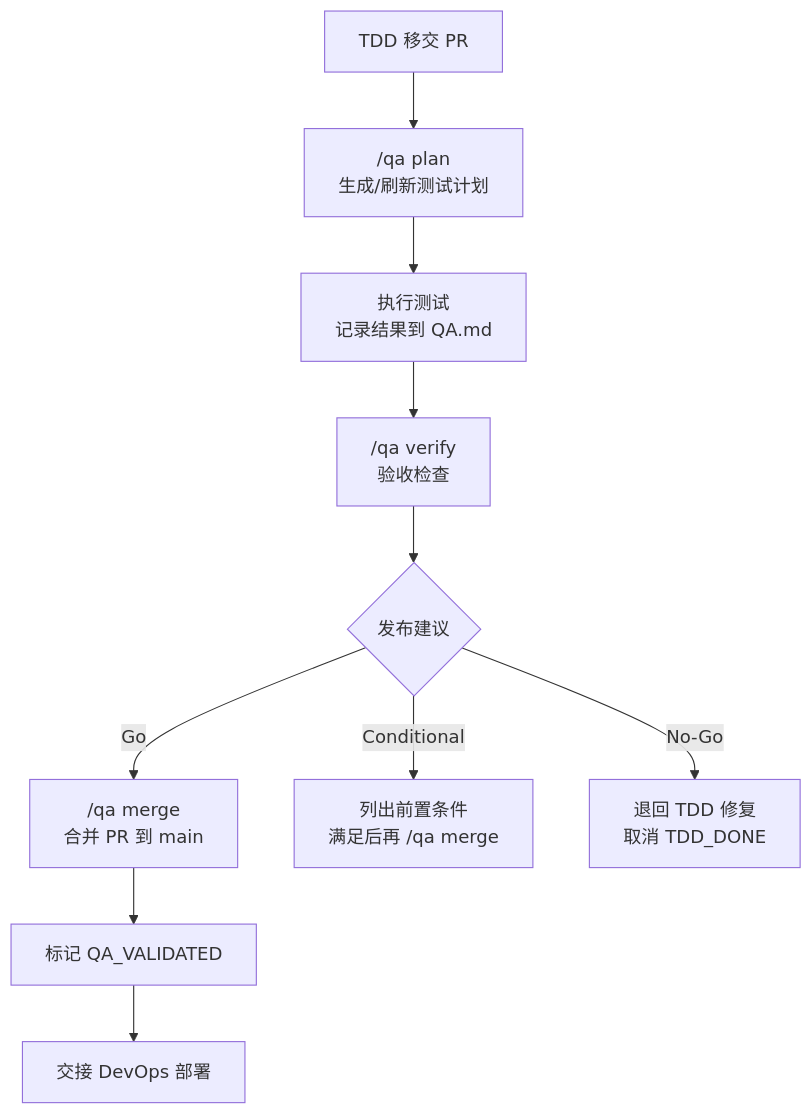
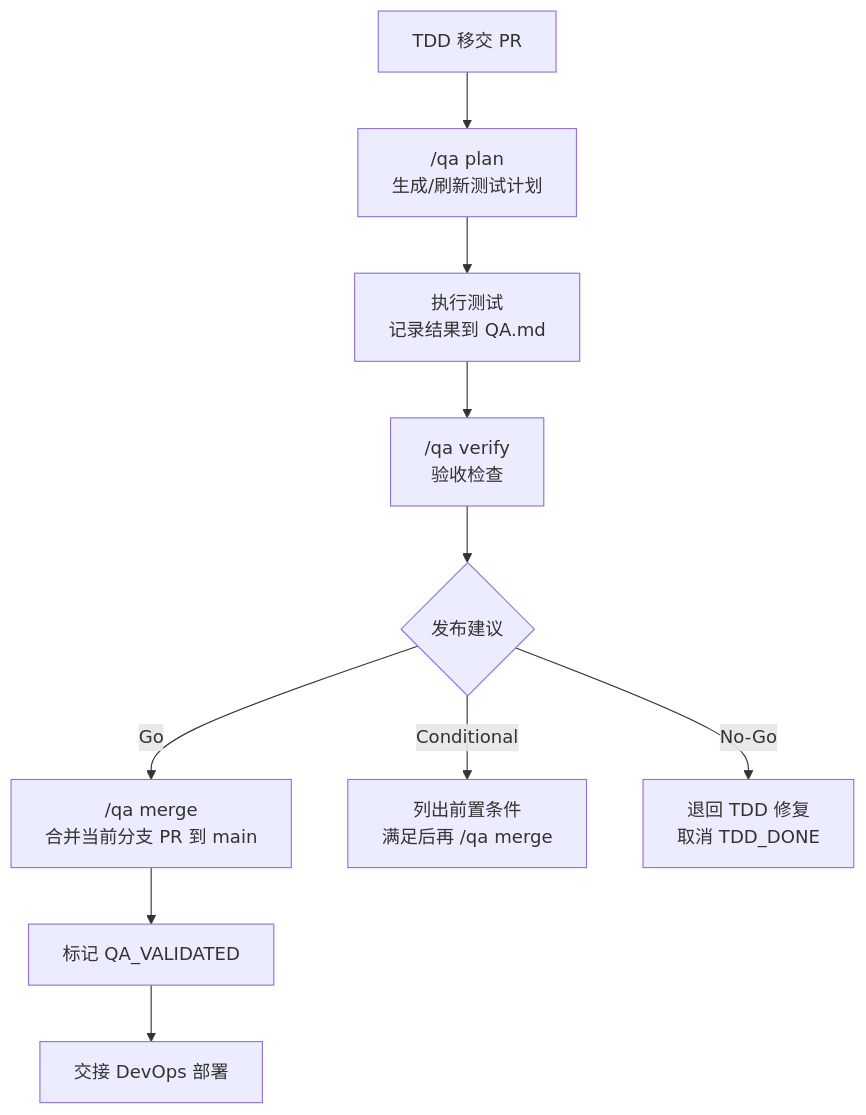
The diagram in AgentRoles/QA-TESTING-EXPERT.md (hollisyao2024/PromptsEngineering), drawn with Mermaid before and after one commit. The commit also changed other lines of this file and 11 other files, not shown here.

````diff
--- a/AgentRoles/QA-TESTING-EXPERT.md
+++ b/AgentRoles/QA-TESTING-EXPERT.md
@@ -189,12 +189,12 @@
 ```mermaid
 flowchart TD
     A[TDD 移交 PR] --> B["/qa plan<br/>生成/刷新测试计划"]
     B --> C[执行测试<br/>记录结果到 QA.md]
     C --> D["/qa verify<br/>验收检查"]
     D --> E{发布建议}
-    E -->|Go| F["/qa merge<br/>合并 PR 到 main"]
+    E -->|Go| F["/qa merge<br/>合并当前分支 PR 到 main"]
     E -->|Conditional| G[列出前置条件<br/>满足后再 /qa merge]
     E -->|No-Go| H[退回 TDD 修复<br/>取消 TDD_DONE]
     F --> I[标记 QA_VALIDATED]
     I --> J[交接 DevOps 部署]
 ```
````
